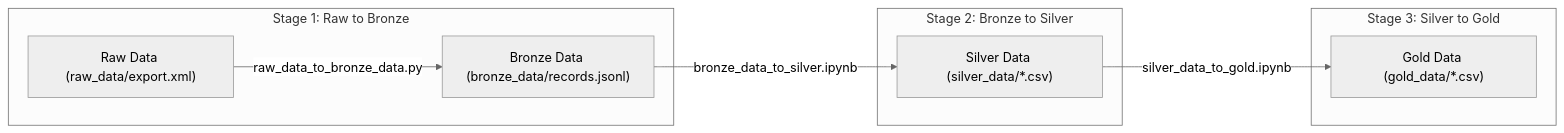
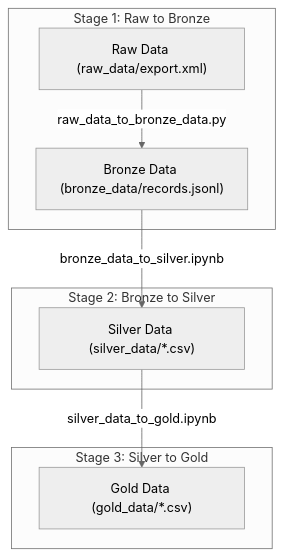
One commit to gary-bains/apple-health-data-analysis changed the diagram in README.md. Above: the diagram before and after it, drawn with Mermaid (neutral theme).

````diff
--- a/README.md
+++ b/README.md
@@ -38,21 +38,21 @@
 ```mermaid
-graph LR
+graph TB
     A["Raw Data (raw_data/export.xml)"] -->|"raw_data_to_bronze_data.py"| B["Bronze Data (bronze_data/records.jsonl)"]
     B -->|"bronze_data_to_silver.ipynb"| C["Silver Data (silver_data/*.csv)"]
     C -->|"silver_data_to_gold.ipynb"| D["Gold Data (gold_data/*.csv)"]
     
     subgraph "Stage 1: Raw to Bronze"
         A
         B
     end
     
     subgraph "Stage 2: Bronze to Silver"
         B
         C
     end
     
     subgraph "Stage 3: Silver to Gold"
         C
         D
     end
 ```
````
